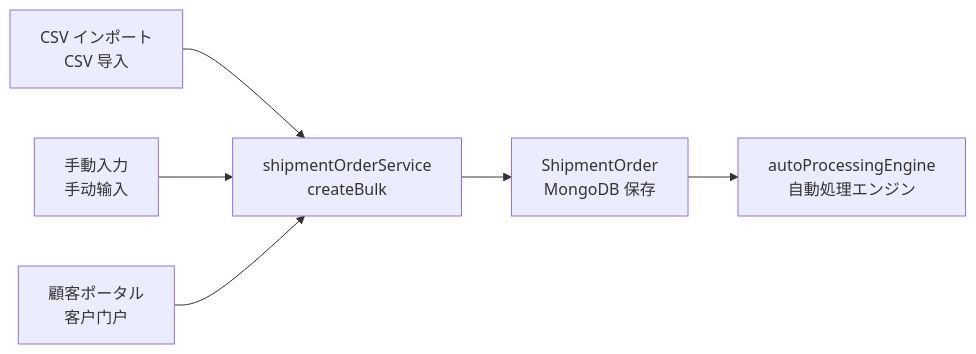
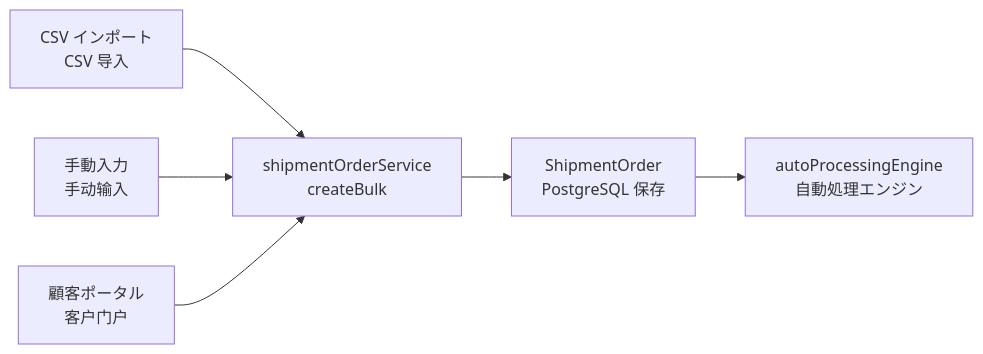
One commit to chinkin666/ZELIXWMS changed the fourth of 12 diagrams in docs/design/01-business-flow.md. Above: the diagram before and after it, drawn with Mermaid. The commit also changed other lines of this file and 18 other files, not shown here.

````diff
--- a/docs/design/01-business-flow.md
+++ b/docs/design/01-business-flow.md
@@ -185,8 +185,8 @@
 ```mermaid
 flowchart LR
     A[CSV インポート<br>CSV 导入] --> D[shipmentOrderService<br>createBulk]
     B[手動入力<br>手动输入] --> D
     C[顧客ポータル<br>客户门户] --> D
-    D --> E[ShipmentOrder<br>MongoDB 保存]
+    D --> E[ShipmentOrder<br>PostgreSQL 保存]
     E --> F[autoProcessingEngine<br>自動処理エンジン]
 ```
````
